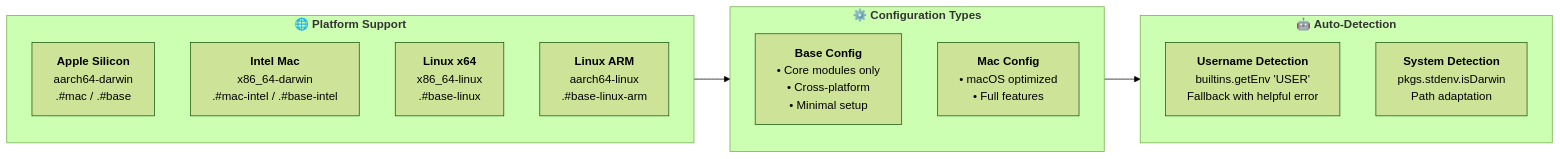
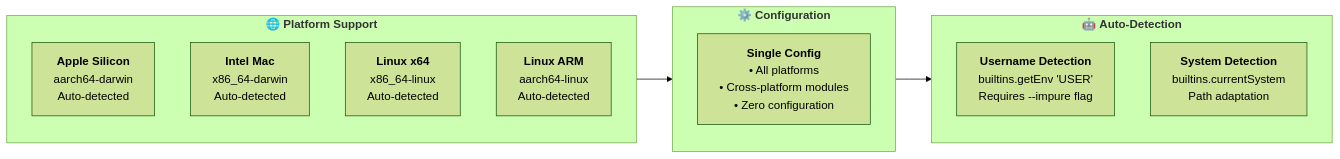
One commit to pampatzoglou/home-manager changed the fifth of 8 diagrams in docs/ARCHITECTURE.md. Above: the diagram before and after it, drawn with Mermaid (forest theme). The commit also changed other lines of this file and 1 other file, not shown here.

````diff
--- a/docs/ARCHITECTURE.md
+++ b/docs/ARCHITECTURE.md
@@ -236,42 +243,39 @@
 ```mermaid
 graph LR
     subgraph platforms["`🌐 **Platform Support**`"]
         direction TB
         arm_mac["`**Apple Silicon**
         aarch64-darwin
-        .#mac / .#base`"]
+        Auto-detected`"]
         intel_mac["`**Intel Mac**
         x86_64-darwin
-        .#mac-intel / .#base-intel`"]
+        Auto-detected`"]
         linux_x64["`**Linux x64**
         x86_64-linux
-        .#base-linux`"]
+        Auto-detected`"]
         linux_arm["`**Linux ARM**
         aarch64-linux
-        .#base-linux-arm`"]
+        Auto-detected`"]
     end
 
-    subgraph configs["`⚙️ **Configuration Types**`"]
+    subgraph configs["`⚙️ **Configuration**`"]
         direction TB
-        base_config["`**Base Config**
-        • Core modules only
-        • Cross-platform
-        • Minimal setup`"]
-        mac_config["`**Mac Config**
-        • macOS optimized
-        • Full features`"]
+        base_config["`**Single Config**
+        • All platforms
+        • Cross-platform modules
+        • Zero configuration`"]
     end
 
     subgraph auto["`🤖 **Auto-Detection**`"]
         direction TB
         user_detect["`**Username Detection**
         builtins.getEnv 'USER'
-        Fallback with helpful error`"]
+        Requires --impure flag`"]
         sys_detect["`**System Detection**
-        pkgs.stdenv.isDarwin
+        builtins.currentSystem
         Path adaptation`"]
     end
 
     platforms --> configs
     configs --> auto
 ```
````
